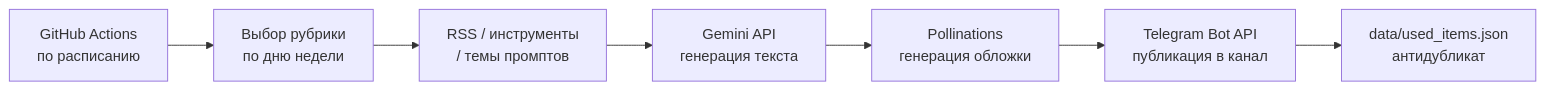
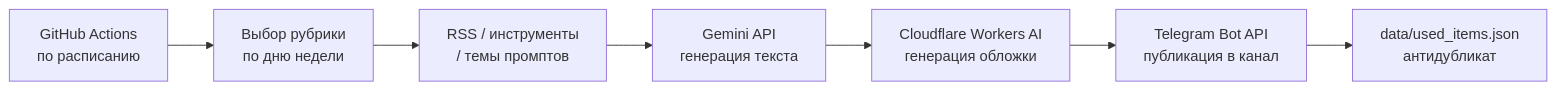
Before and after one commit to meowthowl/prompty-app: the diagram in README.md, drawn with Mermaid. The commit also changed other lines of this file and 5 other files, not shown here.

````diff
--- a/README.md
+++ b/README.md
@@ -34,9 +34,9 @@
 ```mermaid
 flowchart LR
     A["GitHub Actions\nпо расписанию"] --> B["Выбор рубрики\nпо дню недели"]
     B --> C["RSS / инструменты\n/ темы промптов"]
     C --> D["Gemini API\nгенерация текста"]
-    D --> E["Pollinations\nгенерация обложки"]
+    D --> E["Cloudflare Workers AI\nгенерация обложки"]
     E --> F["Telegram Bot API\nпубликация в канал"]
     F --> G["data/used_items.json\nантидубликат"]
 ```
````
